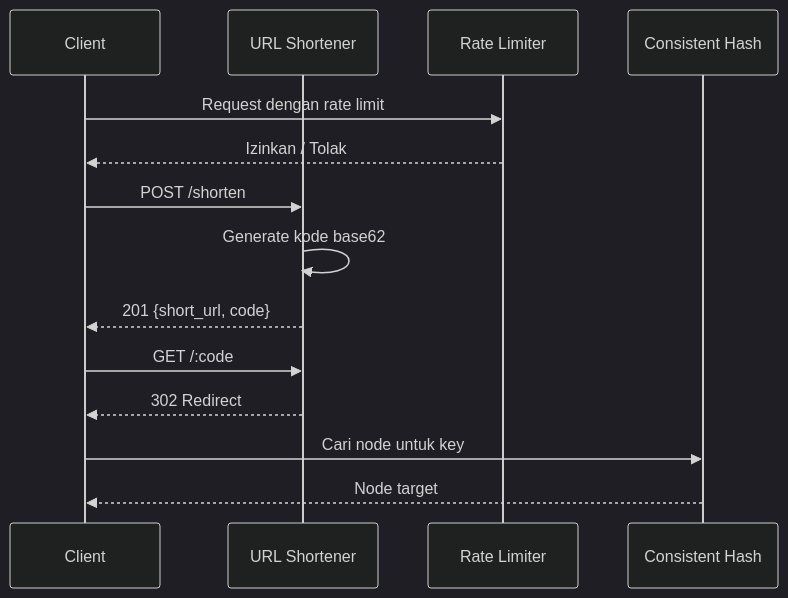
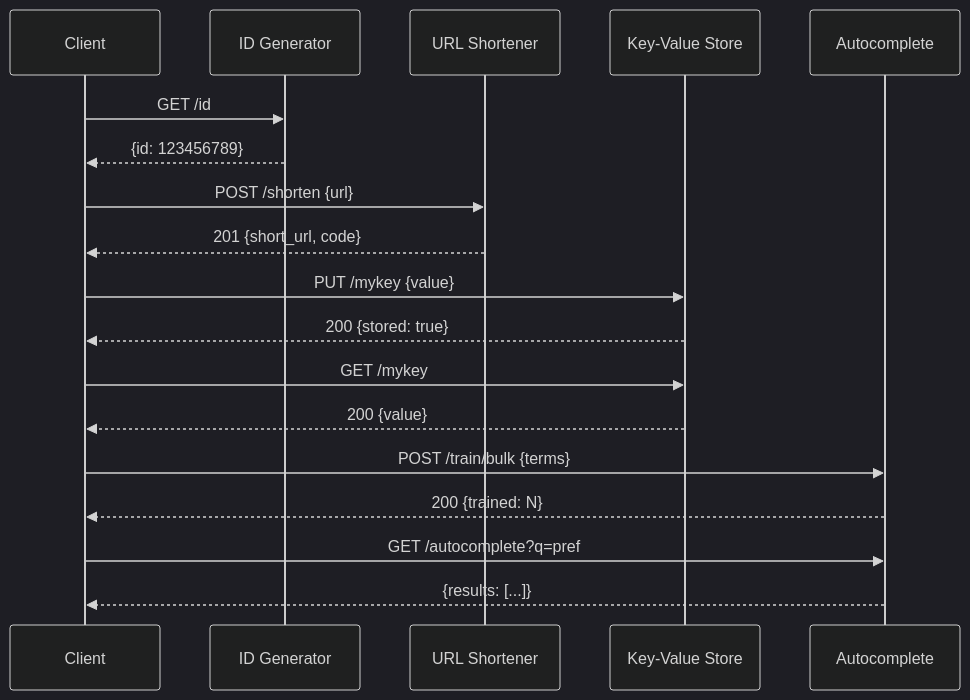
One commit to faisalaffan/faisalaffan-design-system changed the second of 2 diagrams in README.id.md. Above: the diagram before and after it, drawn with Mermaid (dark theme). The commit also changed other lines of this file and 1 other file, not shown here.

Commit message:
docs: add Batch 2 services to README with Mermaid diagrams

````diff
--- a/README.id.md
+++ b/README.id.md
@@ -48,20 +59,24 @@
 ```mermaid
 sequenceDiagram
     participant C as Client
+    participant ID as ID Generator
     participant US as URL Shortener
-    participant RL as Rate Limiter
-    participant CH as Consistent Hash
+    participant KV as Key-Value Store
+    participant AC as Autocomplete
 
-    C->>RL: Request dengan rate limit
-    RL-->>C: Izinkan / Tolak
+    C->>ID: GET /id
+    ID-->>C: {id: 123456789}
 
-    C->>US: POST /shorten
-    US->>US: Generate kode base62
+    C->>US: POST /shorten {url}
     US-->>C: 201 {short_url, code}
 
-    C->>US: GET /:code
-    US-->>C: 302 Redirect
+    C->>KV: PUT /mykey {value}
+    KV-->>C: 200 {stored: true}
+    C->>KV: GET /mykey
+    KV-->>C: 200 {value}
 
-    C->>CH: Cari node untuk key
-    CH-->>C: Node target
+    C->>AC: POST /train/bulk {terms}
+    AC-->>C: 200 {trained: N}
+    C->>AC: GET /autocomplete?q=pref
+    AC-->>C: {results: [...]}
 ```
````
